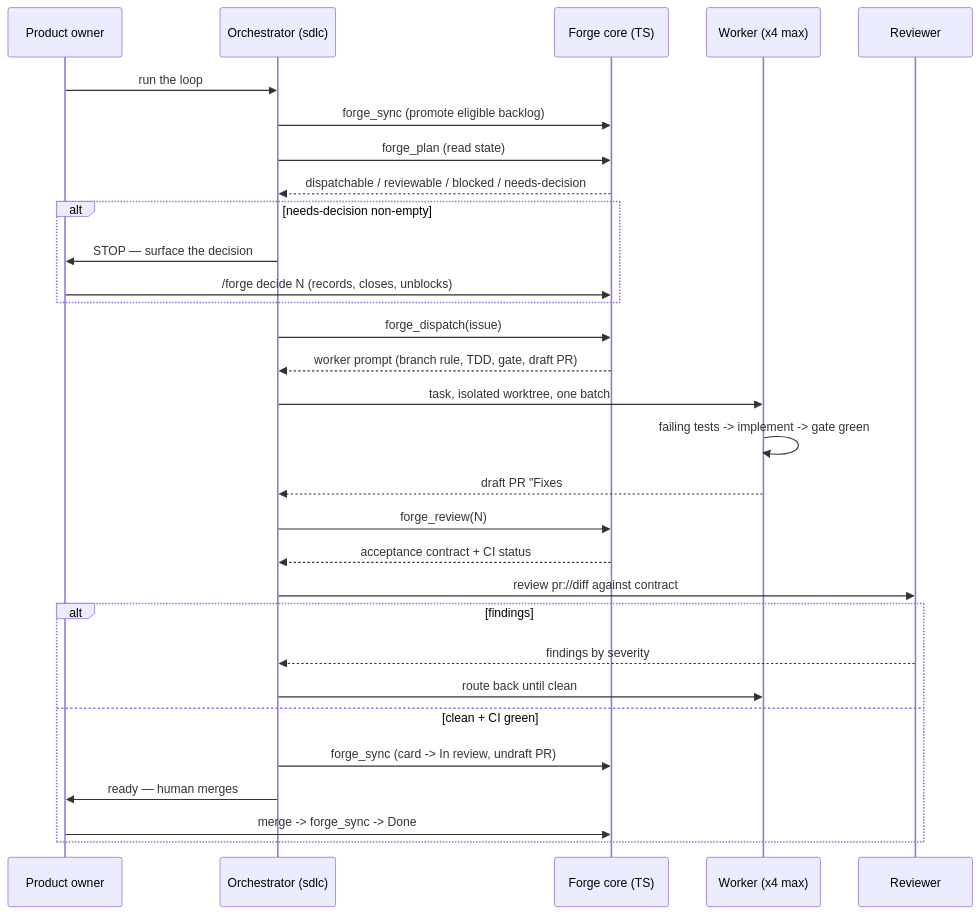
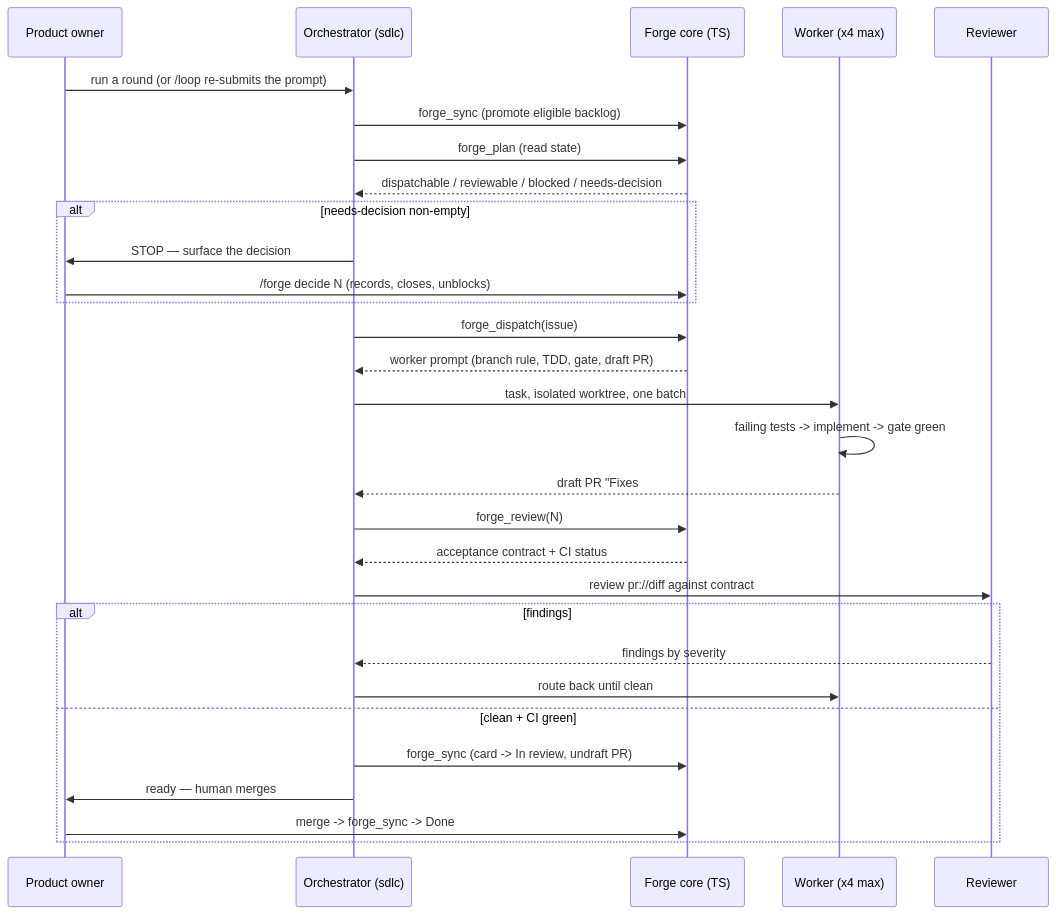
The third of 4 diagrams in plugins/forge/docs/sdlc.md (mjaric/omp-plugins), drawn with Mermaid before and after one commit. The commit also changed other lines of this file and 4 other files, not shown here.

````diff
--- a/plugins/forge/docs/sdlc.md
+++ b/plugins/forge/docs/sdlc.md
@@ -119,33 +119,33 @@
 ```mermaid
 sequenceDiagram
   participant H as Product owner
   participant O as Orchestrator (sdlc)
   participant F as Forge core (TS)
   participant W as Worker (x4 max)
   participant R as Reviewer
+  H->>O: run a round (or /loop re-submits the prompt)
 
-  H->>O: run the loop
   O->>F: forge_sync (promote eligible backlog)
   O->>F: forge_plan (read state)
   F-->>O: dispatchable / reviewable / blocked / needs-decision
   alt needs-decision non-empty
     O->>H: STOP — surface the decision
     H->>F: /forge decide N (records, closes, unblocks)
   end
   O->>F: forge_dispatch(issue)
   F-->>O: worker prompt (branch rule, TDD, gate, draft PR)
   O->>W: task, isolated worktree, one batch
   W->>W: failing tests -> implement -> gate green
   W-->>O: draft PR "Fixes #N"
   O->>F: forge_review(N)
   F-->>O: acceptance contract + CI status
   O->>R: review pr://diff against contract
   alt findings
     R-->>O: findings by severity
     O->>W: route back until clean
   else clean + CI green
     O->>F: forge_sync (card -> In review, undraft PR)
     O->>H: ready — human merges
     H->>F: merge -> forge_sync -> Done
   end
 ```
````
